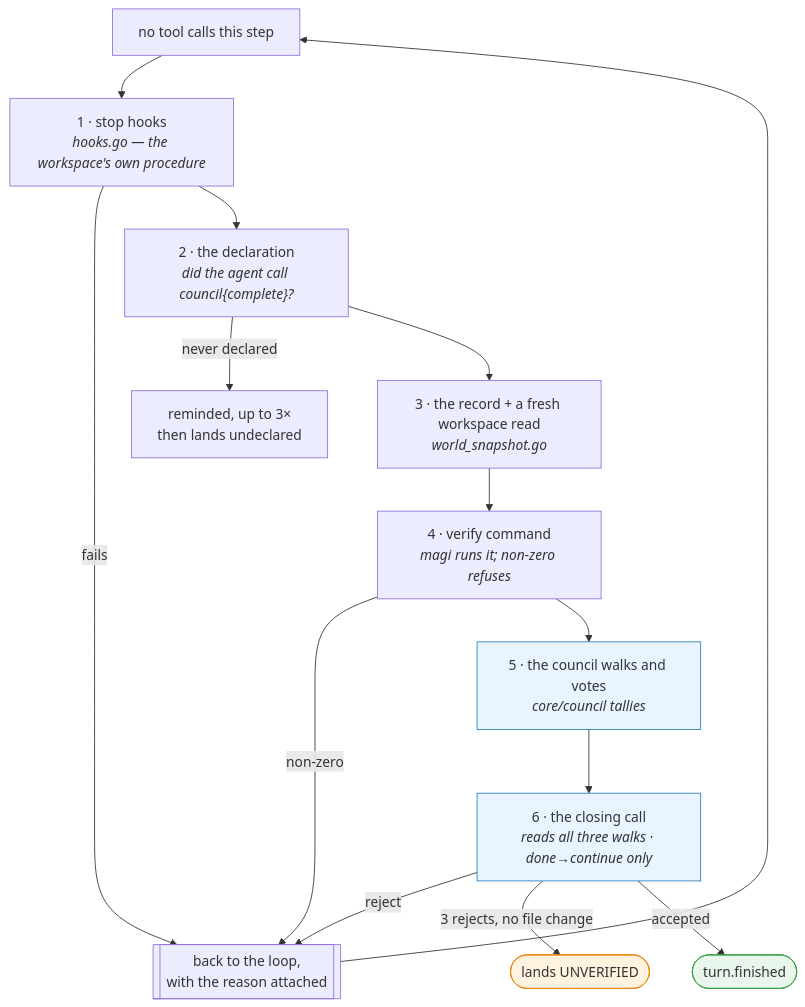
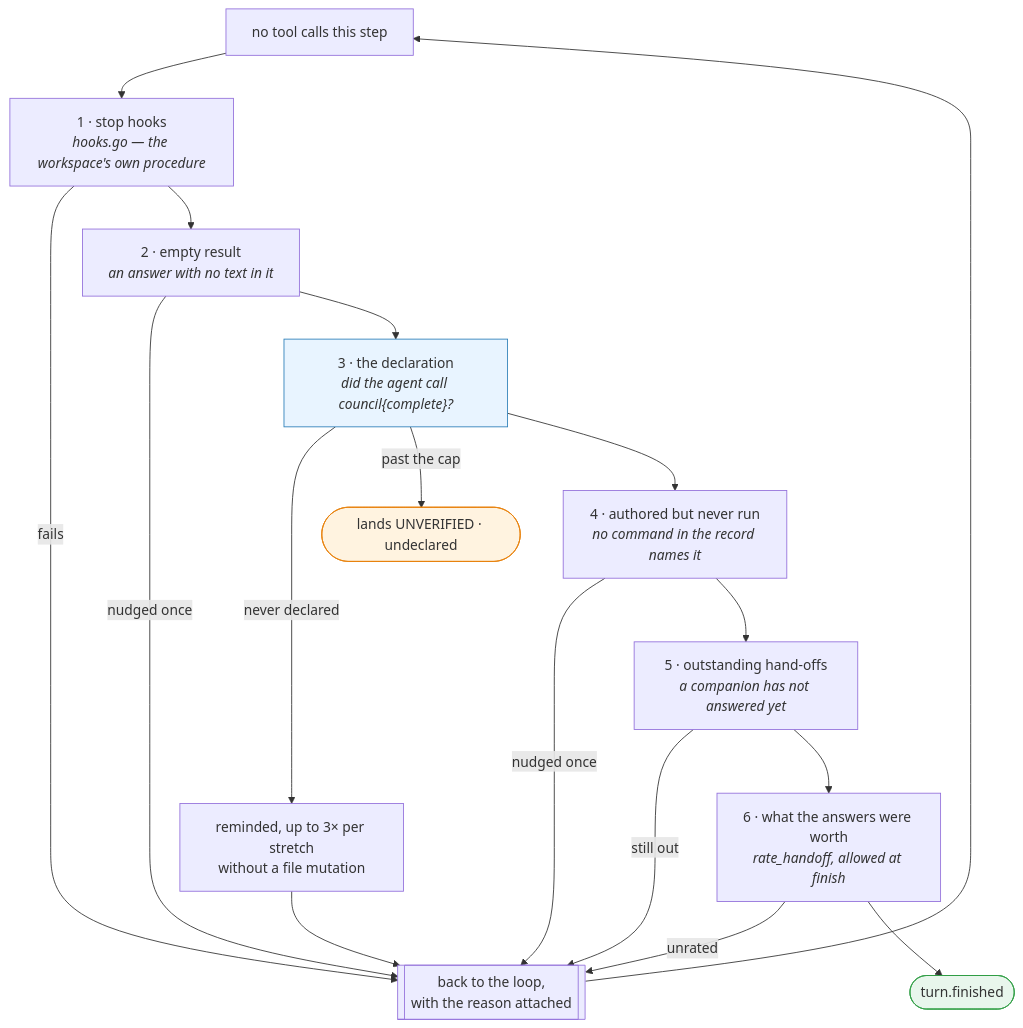
The fifth of 6 diagrams in docs/ARCHITECTURE.md (sayaya1090/magi), drawn with Mermaid before and after one commit. The commit also changed other lines of this file and 15 other files, not shown here.

````diff
--- a/docs/ARCHITECTURE.md
+++ b/docs/ARCHITECTURE.md
@@ -577,21 +577,23 @@
 ```mermaid
 flowchart TD
     Z[no tool calls this step] --> H1["1 · stop hooks<br/><i>hooks.go — the workspace's own procedure</i>"]
     H1 -->|fails| BACK[["back to the loop,<br/>with the reason attached"]]
-    H1 --> H2["2 · the declaration<br/><i>did the agent call council{complete}?</i>"]
-    H2 -->|never declared| REM["reminded, up to 3×<br/>then lands undeclared"]
-    H2 --> H3["3 · the record + a fresh workspace read<br/><i>world_snapshot.go</i>"]
-    H3 --> H4["4 · verify command<br/><i>magi runs it; non-zero refuses</i>"]
-    H4 -->|non-zero| BACK
-    H4 --> H5["5 · the council walks and votes<br/><i>core/council tallies</i>"]
-    H5 --> H6["6 · the closing call<br/><i>reads all three walks · done→continue only</i>"]
-    H6 -->|reject| BACK
-    H6 -->|3 rejects, no file change| UNV([lands UNVERIFIED])
-    H6 -->|accepted| END([turn.finished])
+    H1 --> H2["2 · empty result<br/><i>an answer with no text in it</i>"]
+    H2 -->|nudged once| BACK
+    H2 --> H3["3 · the declaration<br/><i>did the agent call council{complete}?</i>"]
+    H3 -->|never declared| REM["reminded, up to 3× per stretch<br/>without a file mutation"]
+    REM --> BACK
+    H3 -->|past the cap| UNV([lands UNVERIFIED · undeclared])
+    H3 --> H4["4 · authored but never run<br/><i>no command in the record names it</i>"]
+    H4 -->|nudged once| BACK
+    H4 --> H5["5 · outstanding hand-offs<br/><i>a companion has not answered yet</i>"]
+    H5 -->|still out| BACK
+    H5 --> H6["6 · what the answers were worth<br/><i>rate_handoff, allowed at finish</i>"]
+    H6 -->|unrated| BACK
+    H6 --> END([turn.finished])
     BACK --> Z
 
     style END fill:#e8f6ec,stroke:#2f9e44
     style UNV fill:#fff3e0,stroke:#e8820c
-    style H5 fill:#e8f4ff,stroke:#2c7fb8
-    style H6 fill:#e8f4ff,stroke:#2c7fb8
+    style H3 fill:#e8f4ff,stroke:#2c7fb8
 ```
````
